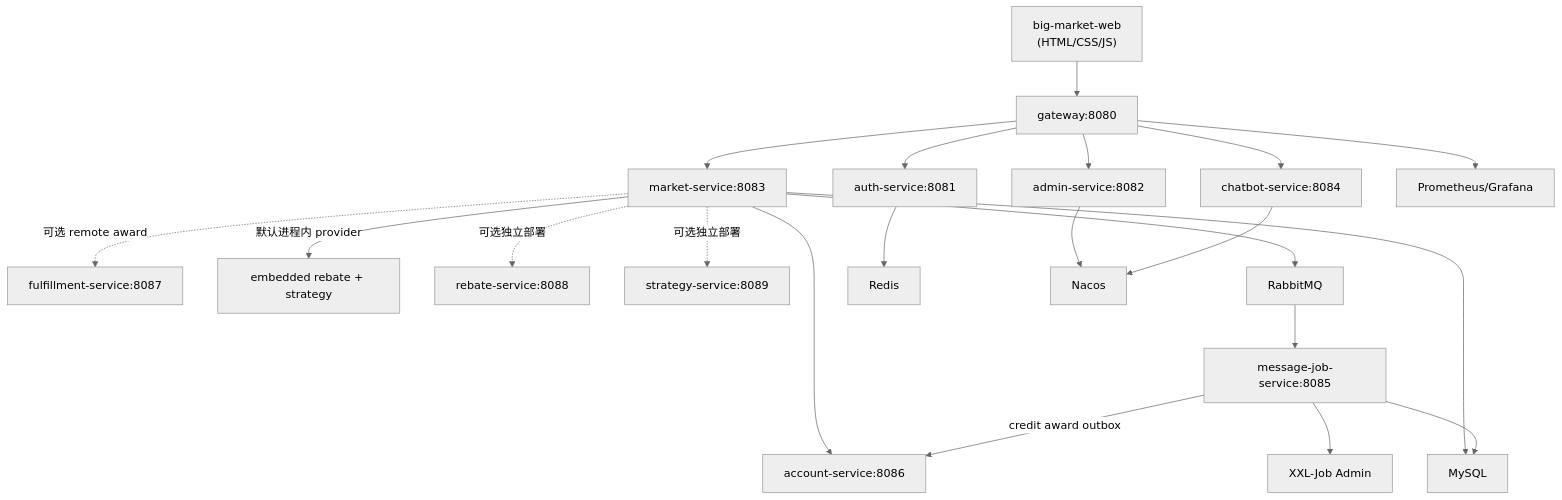
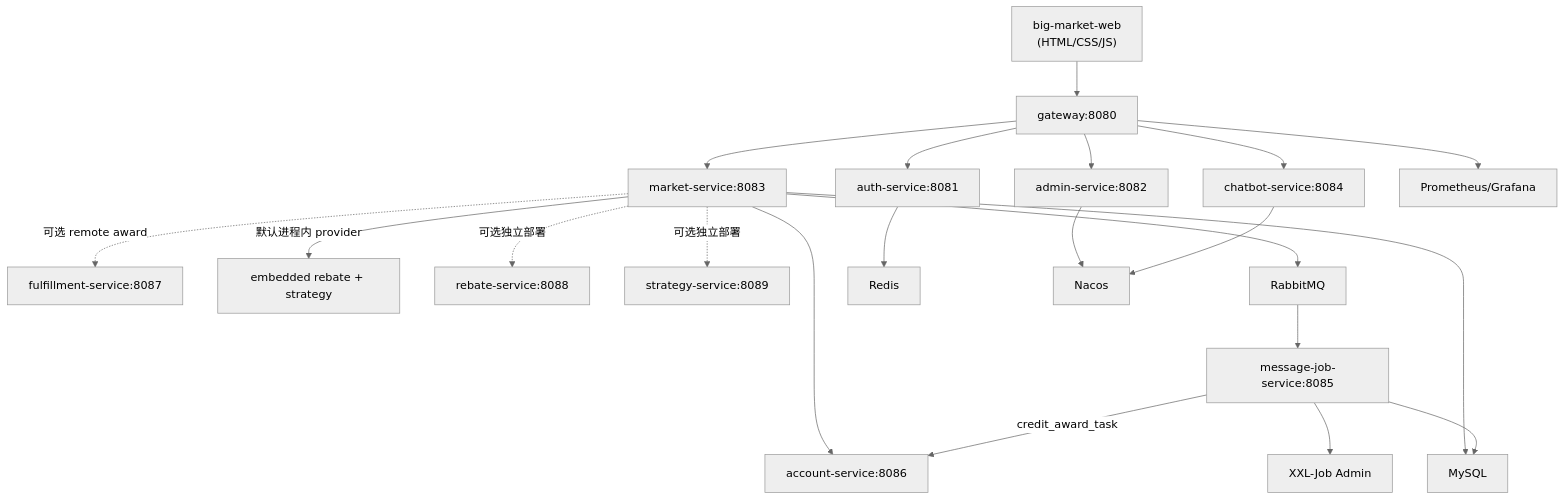
One commit to dyxnb22/big-market-ai-platform changed the diagram in docs/learning/03-architecture-overview.md. Above: the diagram before and after it, drawn with Mermaid (neutral theme). The commit also changed other lines of this file and 21 other files, not shown here.

````diff
--- a/docs/learning/03-architecture-overview.md
+++ b/docs/learning/03-architecture-overview.md
@@ -24,23 +7,23 @@
 ```mermaid
 flowchart TD
     Web["big-market-web\n(HTML/CSS/JS)"] --> Gateway["gateway:8080"]
     Gateway --> Auth["auth-service:8081"]
     Gateway --> Admin["admin-service:8082"]
     Gateway --> Market["market-service:8083"]
     Gateway --> Chatbot["chatbot-service:8084"]
     Market --> Account["account-service:8086"]
     Market -.->|"可选 remote award"| Fulfillment["fulfillment-service:8087"]
     Market -->|"默认进程内 provider"| Embedded["embedded rebate + strategy"]
     Market -.->|"可选独立部署"| Rebate["rebate-service:8088"]
     Market -.->|"可选独立部署"| Strategy["strategy-service:8089"]
     Market --> MQ["RabbitMQ"]
     MQ --> MessageJob["message-job-service:8085"]
-    MessageJob -->|"credit award outbox"| Account
+    MessageJob -->|"credit_award_task"| Account
     MessageJob --> XXL["XXL-Job Admin"]
     Auth --> Redis["Redis"]
     Market --> MySQL["MySQL"]
     MessageJob --> MySQL
     Admin --> Nacos["Nacos"]
     Chatbot --> Nacos
     Gateway --> Metrics["Prometheus/Grafana"]
 ```
````
